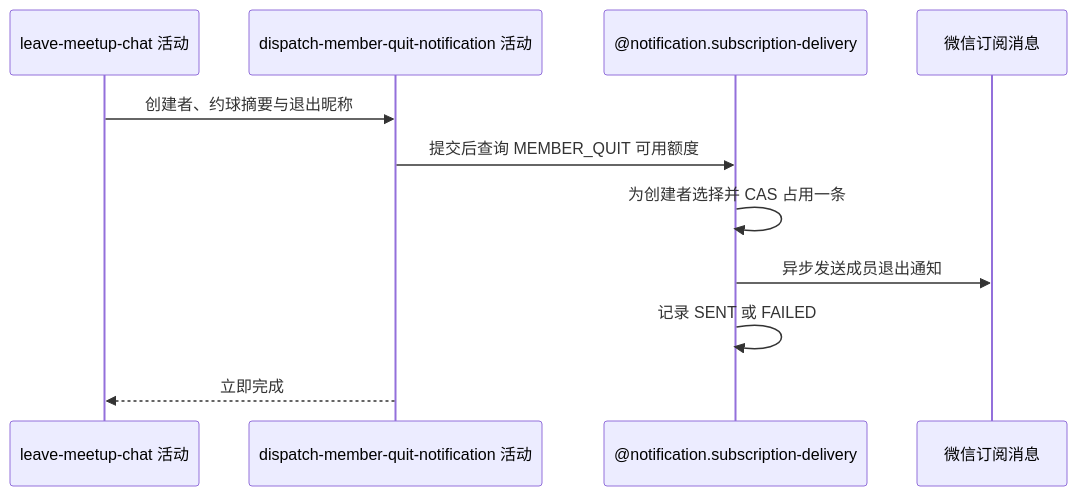
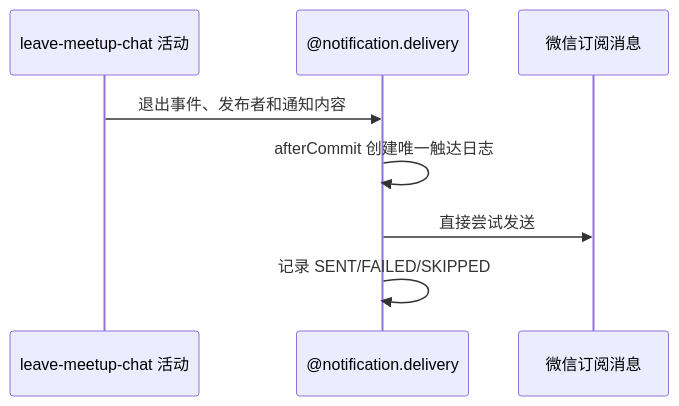
One commit to chxt100016/Rally changed the diagram in blueprint/spec/meetup/meetup-quit/dispatch-member-quit-notification/activity.md. Above: the diagram before and after it, drawn with Mermaid. The commit also changed other lines of this file and 170 other files, not shown here.

````diff
--- a/blueprint/spec/meetup/meetup-quit/dispatch-member-quit-notification/activity.md
+++ b/blueprint/spec/meetup/meetup-quit/dispatch-member-quit-notification/activity.md
@@ -14,13 +14,10 @@
 ```mermaid
 sequenceDiagram
     participant L as leave-meetup-chat 活动
-    participant A as dispatch-member-quit-notification 活动
-    participant N as @notification.subscription-delivery
+    participant N as @notification.delivery
     participant W as 微信订阅消息
-    L->>A: 创建者、约球摘要与退出昵称
-    A->>N: 提交后查询 MEMBER_QUIT 可用额度
-    N->>N: 为创建者选择并 CAS 占用一条
-    N->>W: 异步发送成员退出通知
-    N->>N: 记录 SENT 或 FAILED
-    A-->>L: 立即完成
+    L->>N: 退出事件、发布者和通知内容
+    N->>N: afterCommit 创建唯一触达日志
+    N->>W: 直接尝试发送
+    N->>N: 记录 SENT/FAILED/SKIPPED
 ```
````
